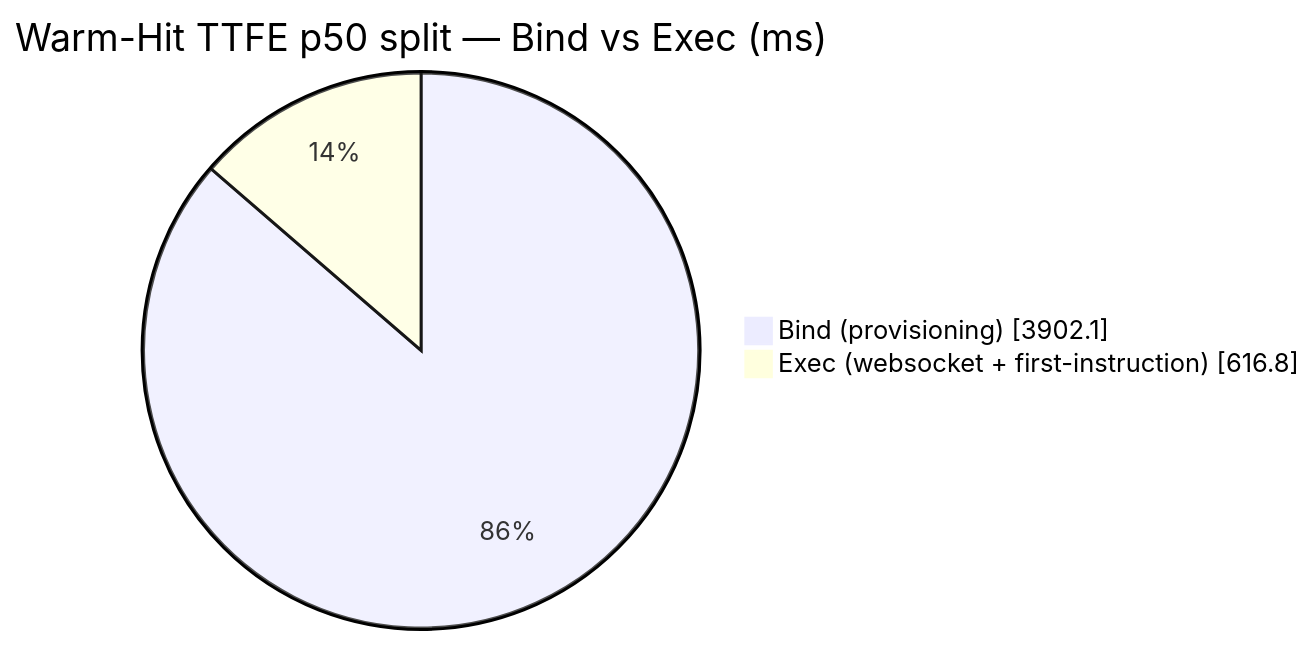
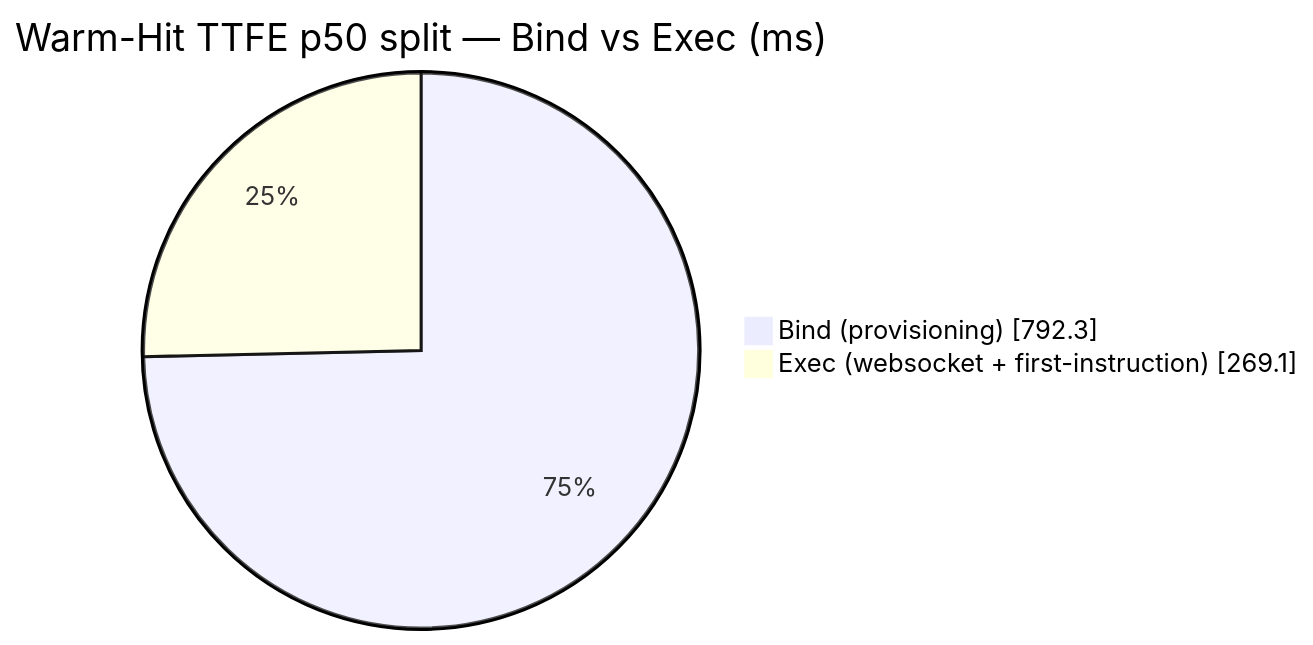
One commit to AlexBulankou/honest-bench changed the diagram in DETAILS.md. Above: the diagram before and after it, drawn with Mermaid. The commit also changed other lines of this file and 4 other files, not shown here.

````diff
--- a/DETAILS.md
+++ b/DETAILS.md
@@ -60,6 +60,6 @@
 ```mermaid
 pie showData
     title Warm-Hit TTFE p50 split — Bind vs Exec (ms)
-    "Bind (provisioning)" : 3902.1
-    "Exec (websocket + first-instruction)" : 616.8
+    "Bind (provisioning)" : 792.3
+    "Exec (websocket + first-instruction)" : 269.1
 ```
````
